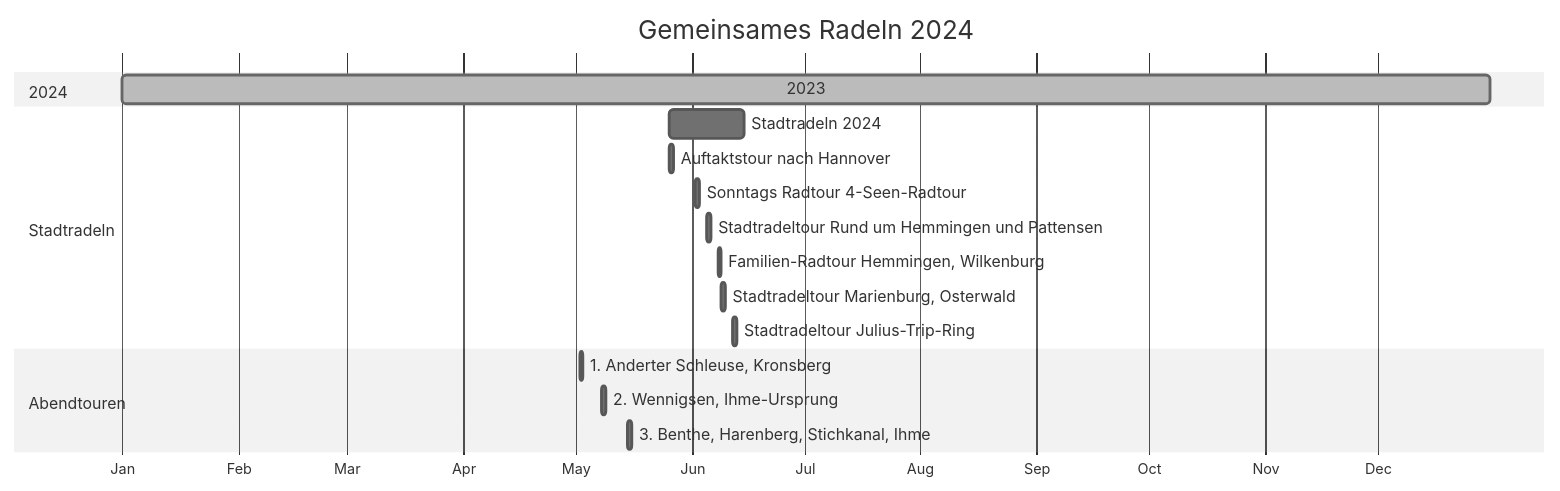
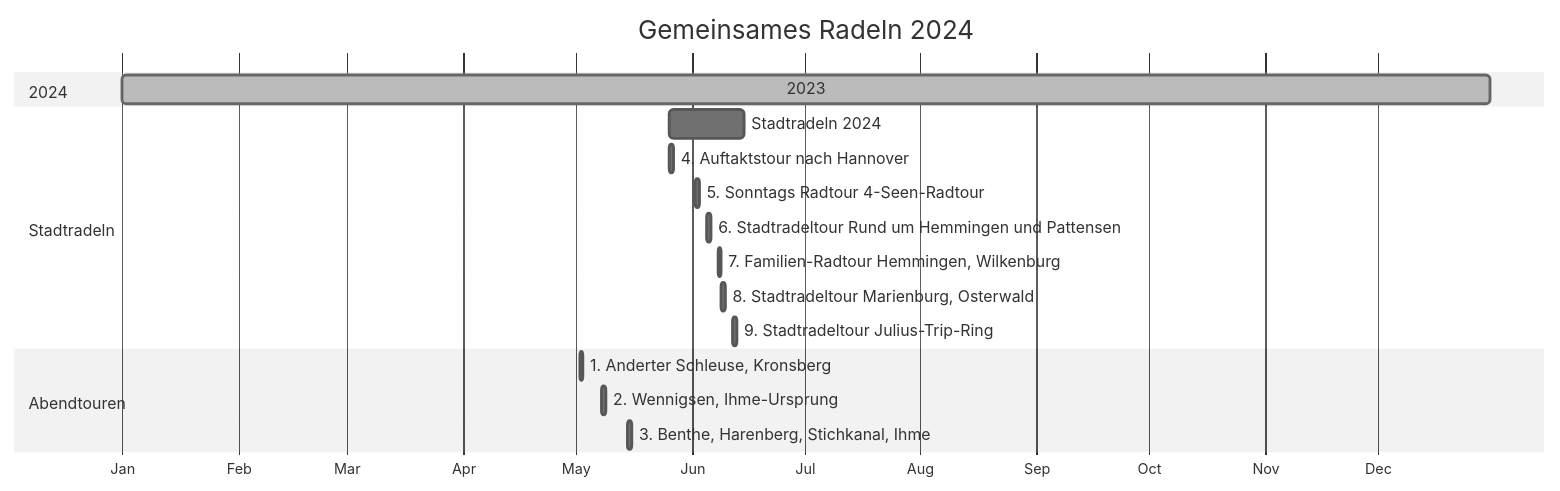
One commit to adfc-hemmingen-pattensen/pelican-md-soures changed the diagram in Touren/Fahrradtouren2024.md. Above: the diagram before and after it, drawn with Mermaid (neutral theme).

````diff
--- a/Touren/Fahrradtouren2024.md
+++ b/Touren/Fahrradtouren2024.md
@@ -10,26 +10,26 @@
 ``` mermaid
 gantt
 dateFormat  YYYY-MM-DD
 title Gemeinsames Radeln 2024
 axisFormat  %b
 todayMarker stroke-width:0px
 
 section 2024
 2023: done, 2024-01-01, 2024-12-31
 
 section Stadtradeln  
 Stadtradeln 2024:          action, 2024-05-26, 2024-06-15
-Auftaktstour nach Hannover:   2024-05-26, 1d
-Sonntags Radtour 4-Seen-Radtour:   2024-06-02, 1d
-Stadtradeltour Rund um Hemmingen und Pattensen:     2024-06-05, 1d
-Familien-Radtour Hemmingen, Wilkenburg:    2024-06-08, 1d
-Stadtradeltour Marienburg, Osterwald:    2024-06-09, 1d
-Stadtradeltour Julius-Trip-Ring:     2024-06-12, 1d
+4. Auftaktstour nach Hannover:   2024-05-26, 1d
+5. Sonntags Radtour 4-Seen-Radtour:   2024-06-02, 1d
+6. Stadtradeltour Rund um Hemmingen und Pattensen:     2024-06-05, 1d
+7. Familien-Radtour Hemmingen, Wilkenburg:    2024-06-08, 1d
+8. Stadtradeltour Marienburg, Osterwald:    2024-06-09, 1d
+9. Stadtradeltour Julius-Trip-Ring:     2024-06-12, 1d
 
 section Abendtouren
 1. Anderter Schleuse, Kronsberg:      2024-05-02, 1d
 2. Wennigsen, Ihme-Ursprung: 2024-05-08, 1d
 3. Benthe, Harenberg, Stichkanal, Ihme: 2024-05-15, 1d
 
 
 ```
````
